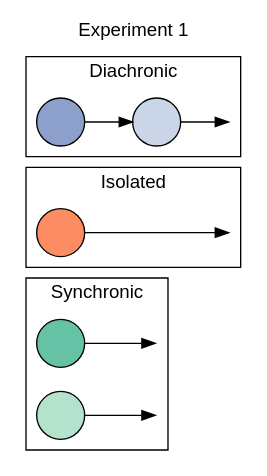
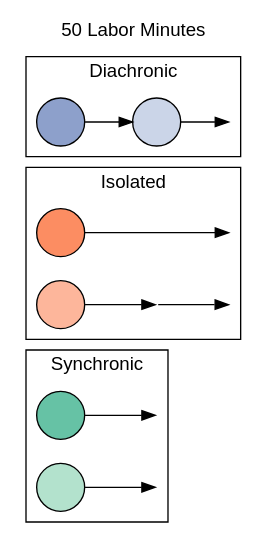
The diagram in inst/extdata/team-structures-exp1.gv (pedmiston/totems-data), drawn with Graphviz before and after one commit. The commit also changed 1 other file, not shown here.

Commit message:
Add multi session to exp1 fig, and rename based on labor minutes

```diff
--- a/inst/extdata/team-structures-exp1.gv
+++ b/inst/extdata/team-structures-exp1.gv
@@ -1,44 +1,45 @@
 digraph {
   rankdir=LR;
-  label="Experiment 1";
+  label="50 Labor Minutes";
   labelloc=t;
   fontname=helvetica;
   // bgcolor=transparent;
 
   node[fontname=helvetica; label=""; style=filled];
 
   // Set cluster order (top to bottom) by initializing
   // nodes in each cluster starting from bottom to top
-  s1, solo, d1;
+  s1, solo, solo1, solo2, d1;
 
   // Shapes are projects
-  d1, d2, solo, s1, s2[shape=circle];
+  d1, d2, solo, solo1, solo2, s1, s2[shape=circle];
 
   // Colors are people
   s1[fillcolor="#66C2A5"];
   s2[fillcolor="#b3e2cd"];
   d1[fillcolor="#8DA0CB"];
   d2[fillcolor="#cbd5e8"];
   solo[fillcolor="#FC8D62"];
+  solo1[fillcolor="#FDB69B"];
 
   // Invisible last nodes
-  dinv1, soloinv1, sinv1, sinv2[style=invis, width=0];
-
+  dinv1, soloinv1, solo2, soloinv2, sinv1, sinv2[style=invis, width=0];
 
   subgraph cluster1 {
     label="Diachronic";
     d1 -> d2 -> dinv1;
   }
 
   subgraph cluster2 {
     label="Isolated";
     solo -> soloinv1[minlen=2];
+    solo1 -> solo2 -> soloinv2;
   }
 
   subgraph cluster3 {
     label="Synchronic";
     s1 -> sinv1;
     s2 -> sinv2;
   }
 
 }
```
